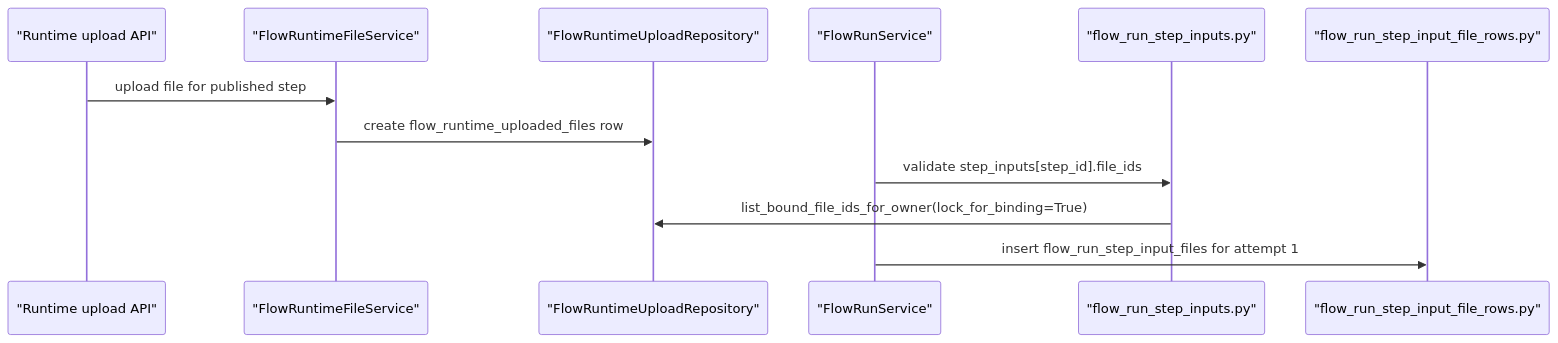
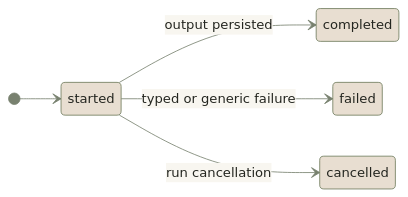
Before and after one commit to eneo-ai/eneo: the third of 10 diagrams in frontend/apps/docs-site/src/content/docs/flows-for-developers/run-lifecycle.mdx, drawn with Mermaid. The commit also changed other lines of this file and 9 other files, not shown here.

First line of the commit message:
Draw one state machine per diagram and keep the palette light

````diff
--- a/frontend/apps/docs-site/src/content/docs/flows-for-developers/run-lifecycle.mdx
+++ b/frontend/apps/docs-site/src/content/docs/flows-for-developers/run-lifecycle.mdx
@@ -140,15 +87,9 @@
 ```mermaid
-%%{init: {"themeVariables": {"background": "#f8f6f0", "primaryColor": "#e8ded1", "primaryTextColor": "#242620", "primaryBorderColor": "#6f7b5d", "secondaryColor": "#d7e0d2", "tertiaryColor": "#f1ece4", "lineColor": "#78816f", "edgeLabelBackground": "#f8f6f0", "clusterBkg": "#f4efe7", "clusterBorder": "#9a8a73", "fontFamily": "Inter, ui-sans-serif, system-ui, sans-serif"}}}%%
-sequenceDiagram
-  participant UploadAPI as "Runtime upload API"
-  participant FileService as "FlowRuntimeFileService"
-  participant UploadRepo as "FlowRuntimeUploadRepository"
-  participant RunService as "FlowRunService"
-  participant StepInputs as "flow_run_step_inputs.py"
-  participant Rows as "flow_run_step_input_file_rows.py"
-  UploadAPI->>FileService: upload file for published step
-  FileService->>UploadRepo: create flow_runtime_uploaded_files row
-  RunService->>StepInputs: validate step_inputs[step_id].file_ids
-  StepInputs->>UploadRepo: list_bound_file_ids_for_owner(lock_for_binding=True)
-  RunService->>Rows: insert flow_run_step_input_files for attempt 1
+%%{init: {"theme": "base", "themeVariables": {"background": "#f8f6f0", "primaryColor": "#e8ded1", "primaryTextColor": "#242620", "primaryBorderColor": "#6f7b5d", "secondaryColor": "#d7e0d2", "tertiaryColor": "#f1ece4", "lineColor": "#78816f", "edgeLabelBackground": "#f8f6f0", "clusterBkg": "#f4efe7", "clusterBorder": "#9a8a73", "fontFamily": "Inter, ui-sans-serif, system-ui, sans-serif"}}}%%
+stateDiagram-v2
+  direction LR
+  [*] --> started
+  started --> completed: output persisted
+  started --> failed: typed or generic failure
+  started --> cancelled: run cancellation
 ```
````
